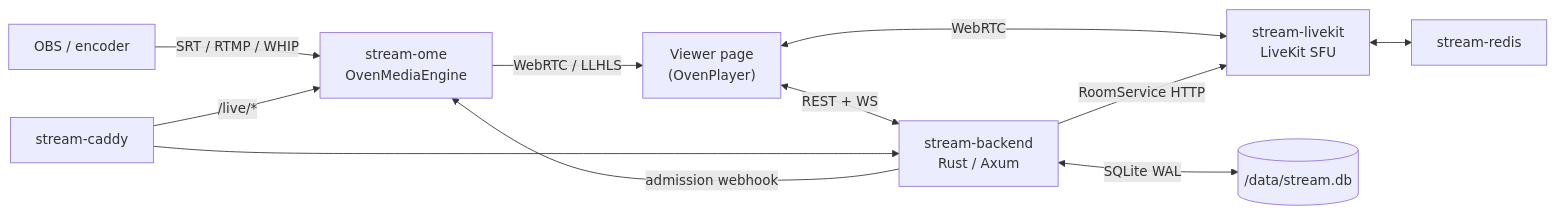
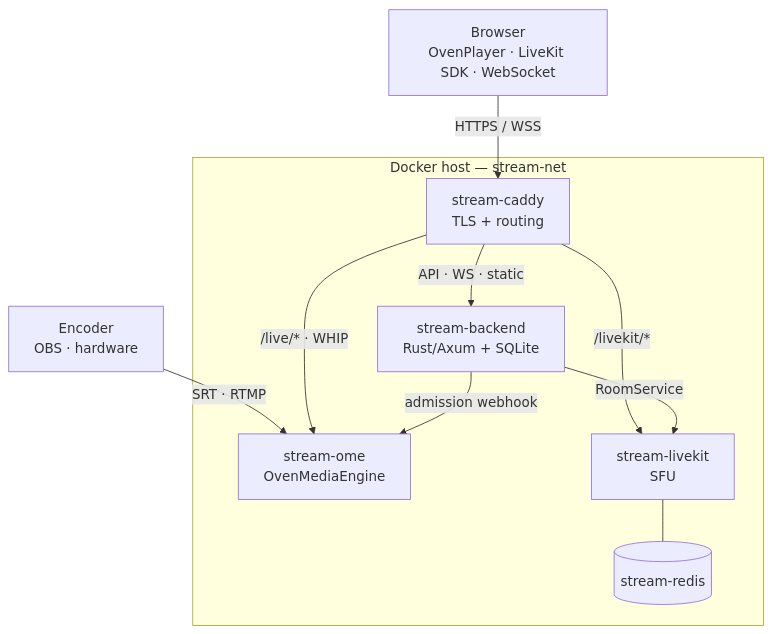
The diagram in README.md (farbhaus/Farbstroem), drawn with Mermaid before and after one commit. The commit also changed other lines of this file and 6 other files, not shown here.

````diff
--- a/README.md
+++ b/README.md
@@ -7,16 +7,24 @@
 ```mermaid
-flowchart LR
-    OBS["OBS / encoder"] -->|SRT / RTMP / WHIP| OME[stream-ome<br/>OvenMediaEngine]
-    OME -->|WebRTC / LLHLS| Viewer["Viewer page<br/>(OvenPlayer)"]
+flowchart TB
+    Encoder["Encoder<br/>OBS · hardware"]
+    Browser["Browser<br/>OvenPlayer · LiveKit SDK · WebSocket"]
 
-    Viewer <-->|WebRTC| LK[stream-livekit<br/>LiveKit SFU]
-    LK <--> Redis[stream-redis]
+    subgraph host["Docker host — stream-net"]
+        Caddy["stream-caddy<br/>TLS + routing"]
+        Backend["stream-backend<br/>Rust/Axum + SQLite"]
+        OME["stream-ome<br/>OvenMediaEngine"]
+        LK["stream-livekit<br/>SFU"]
+        Redis[("stream-redis")]
+    end
 
-    Viewer <-->|REST + WS| Backend[stream-backend<br/>Rust / Axum]
-    Backend -->|RoomService HTTP| LK
+    Encoder -->|"SRT · RTMP"| OME
+    Browser -->|HTTPS / WSS| Caddy
+
+    Caddy -->|"/live/* · WHIP"| OME
+    Caddy -->|"/livekit/*"| LK
+    Caddy -->|"API · WS · static"| Backend
+
+    Backend -->|RoomService| LK
     Backend -->|admission webhook| OME
-    Backend <-->|SQLite WAL| DB[(/data/stream.db)]
-
-    Caddy[stream-caddy] --> Backend
-    Caddy -->|/live/*| OME
+    LK --- Redis
 ```
````
